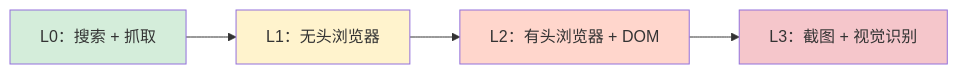
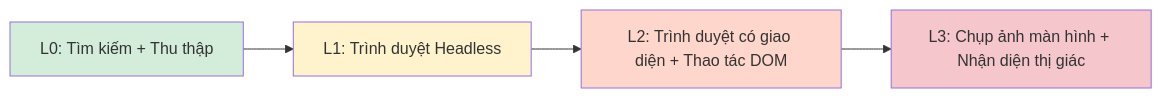
The diagram in 05_tools_skills/5.4_browser_nodes.md (dino-edu/openclaw_guide), drawn with Mermaid before and after one commit. The commit also changed other lines of this file and 24 other files, not shown here.

````diff
--- a/05_tools_skills/5.4_browser_nodes.md
+++ b/05_tools_skills/5.4_browser_nodes.md
@@ -33,10 +33,10 @@
 ```mermaid
 flowchart LR
-  L0["L0：搜索 + 抓取"] --> L1["L1：无头浏览器"]
-  L1 --> L2["L2：有头浏览器 + DOM"]
-  L2 --> L3["L3：截图 + 视觉识别"]
+  L0["L0: Tìm kiếm + Thu thập"] --> L1["L1: Trình duyệt Headless"]
+  L1 --> L2["L2: Trình duyệt có giao diện + Thao tác DOM"]
+  L2 --> L3["L3: Chụp ảnh màn hình + Nhận diện thị giác"]
   style L0 fill:#d4edda
   style L1 fill:#fff3cd
   style L2 fill:#ffd6cc
   style L3 fill:#f5c6cb
 ```
````
